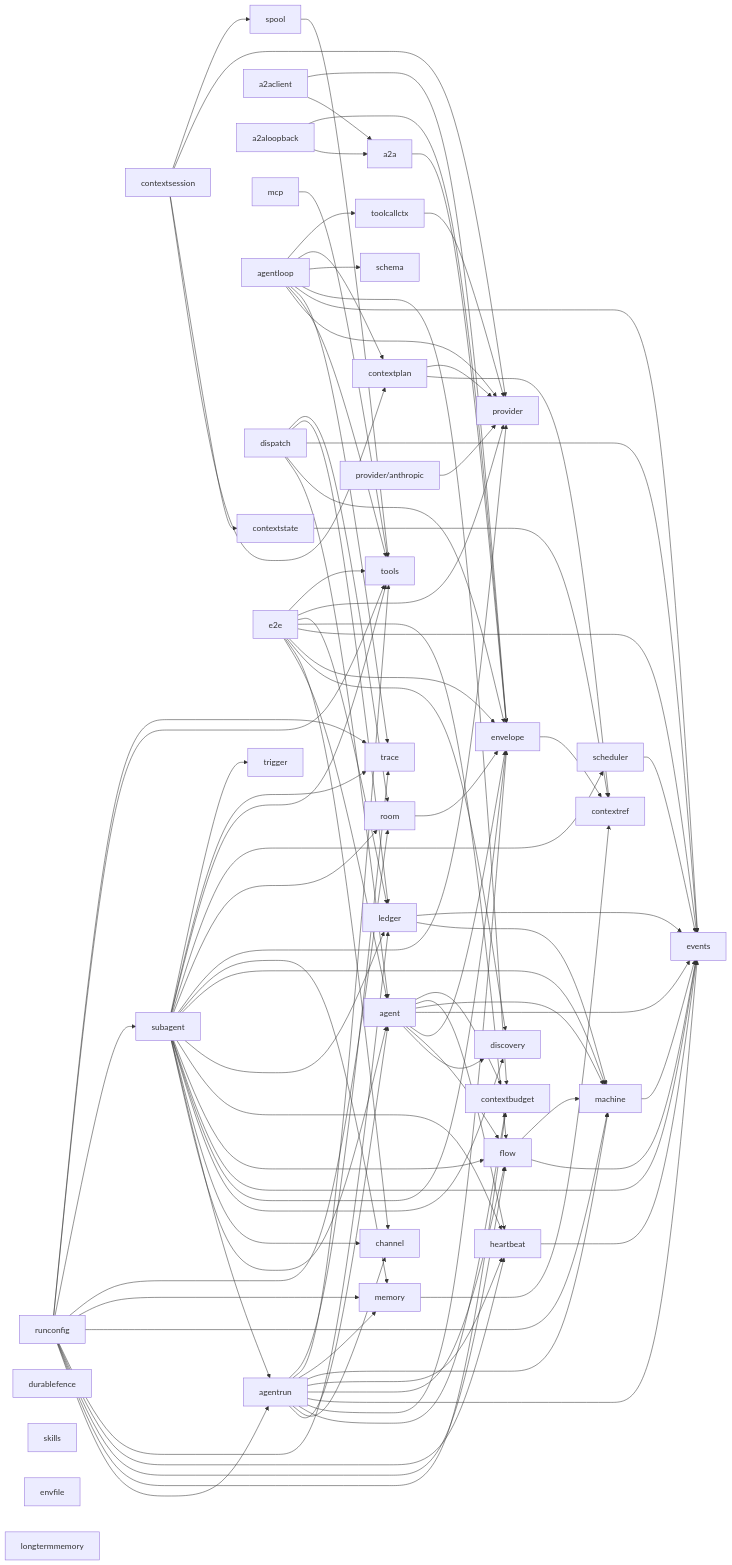
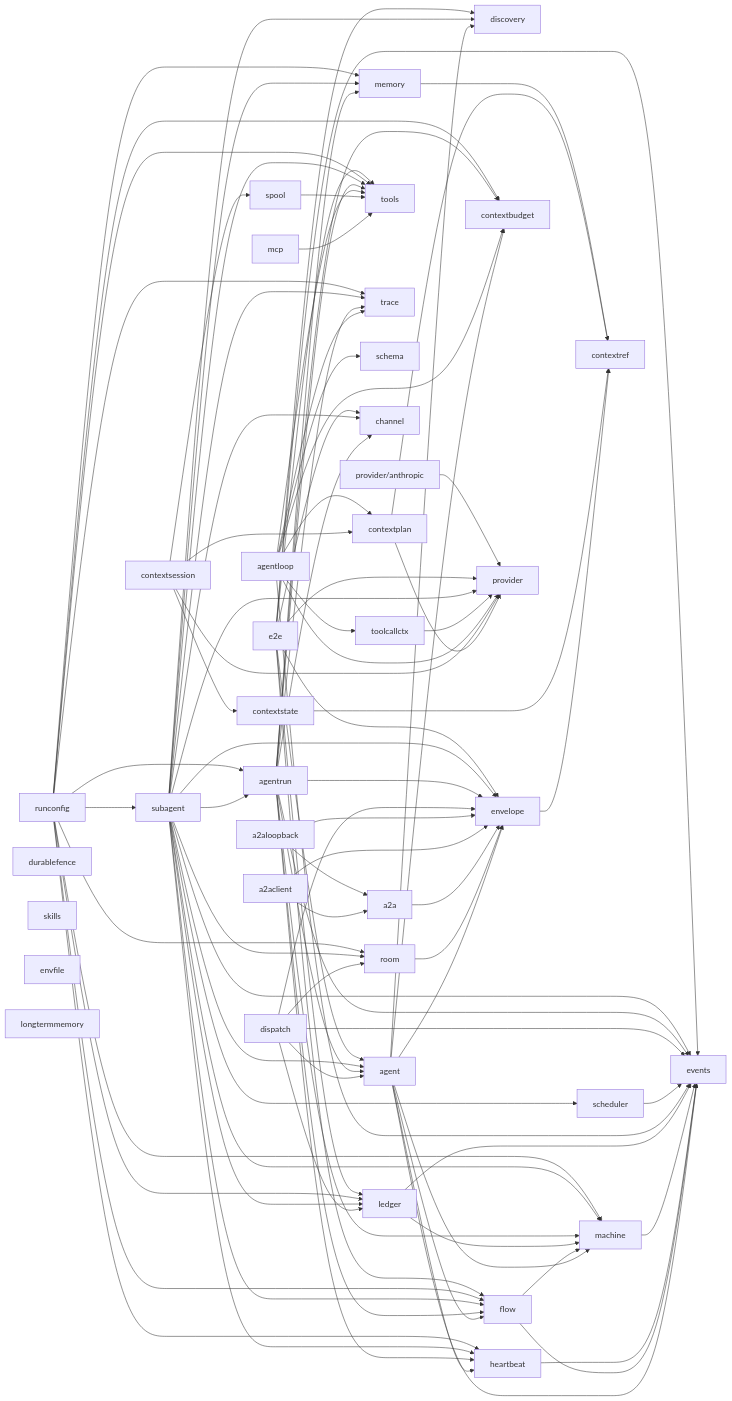
Before and after one commit to MiviaLabs/mivia-ai-sdk: the first of 2 diagrams in docs/architecture.md, drawn with Mermaid. The commit also changed other lines of this file and 16 other files, not shown here.

```diff
--- a/docs/architecture.md
+++ b/docs/architecture.md
@@ -108,7 +108,6 @@
     subagent --> scheduler
     subagent --> tools
     subagent --> trace
-    subagent --> trigger
     runconfig --> agentrun
     runconfig --> contextbudget
     runconfig --> flow
@@ -139,7 +138,6 @@
     provider[provider]
     skills[skills]
     tools[tools]
-    trigger[trigger]
     envfile[envfile]
     longtermmemory[longtermmemory]
     contextref[contextref]
```
